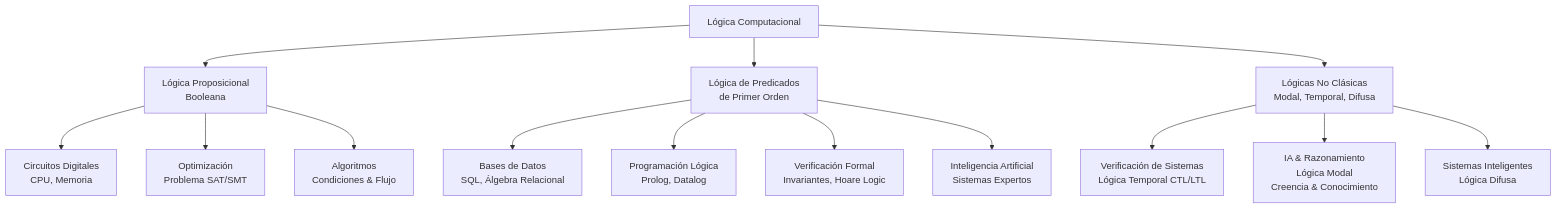
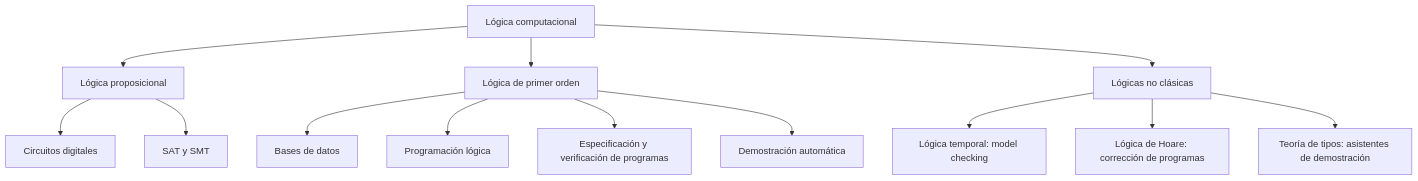
One commit to djaimej/computer-science-template changed the diagram in public/documents/semester-4/2/4212.md. Above: the diagram before and after it, drawn with Mermaid. The commit also changed other lines of this file and 1 other file, not shown here.

First line of the commit message:
Semestre 4: revisión de Lógica Computacional, tema 1

````diff
--- a/public/documents/semester-4/2/4212.md
+++ b/public/documents/semester-4/2/4212.md
@@ -17,19 +11,15 @@
 ```mermaid
 flowchart TD
-    A[Lógica Computacional] --> B[Lógica Proposicional<br>Booleana]
-    A --> C[Lógica de Predicados<br>de Primer Orden]
-    A --> D[Lógicas No Clásicas<br>Modal, Temporal, Difusa]
-
-    B --> B1[Circuitos Digitales<br>CPU, Memoria]
-    B --> B2[Optimización<br>Problema SAT/SMT]
-    B --> B3[Algoritmos<br>Condiciones & Flujo]
-
-    C --> C1[Bases de Datos<br>SQL, Álgebra Relacional]
-    C --> C2[Programación Lógica<br>Prolog, Datalog]
-    C --> C3[Verificación Formal<br>Invariantes, Hoare Logic]
-    C --> C4[Inteligencia Artificial<br>Sistemas Expertos]
-
-    D --> D1[Verificación de Sistemas<br>Lógica Temporal CTL/LTL]
-    D --> D2[IA & Razonamiento<br>Lógica Modal<br>Creencia & Conocimiento]
-    D --> D3[Sistemas Inteligentes<br>Lógica Difusa]
+    A["Lógica computacional"] --> B["Lógica proposicional"]
+    A --> C["Lógica de primer orden"]
+    A --> D["Lógicas no clásicas"]
+    B --> B1["Circuitos digitales"]
+    B --> B2["SAT y SMT"]
+    C --> C1["Bases de datos"]
+    C --> C2["Programación lógica"]
+    C --> C3["Especificación y verificación de programas"]
+    C --> C4["Demostración automática"]
+    D --> D1["Lógica temporal: model checking"]
+    D --> D2["Lógica de Hoare: corrección de programas"]
+    D --> D3["Teoría de tipos: asistentes de demostración"]
 ```
````
